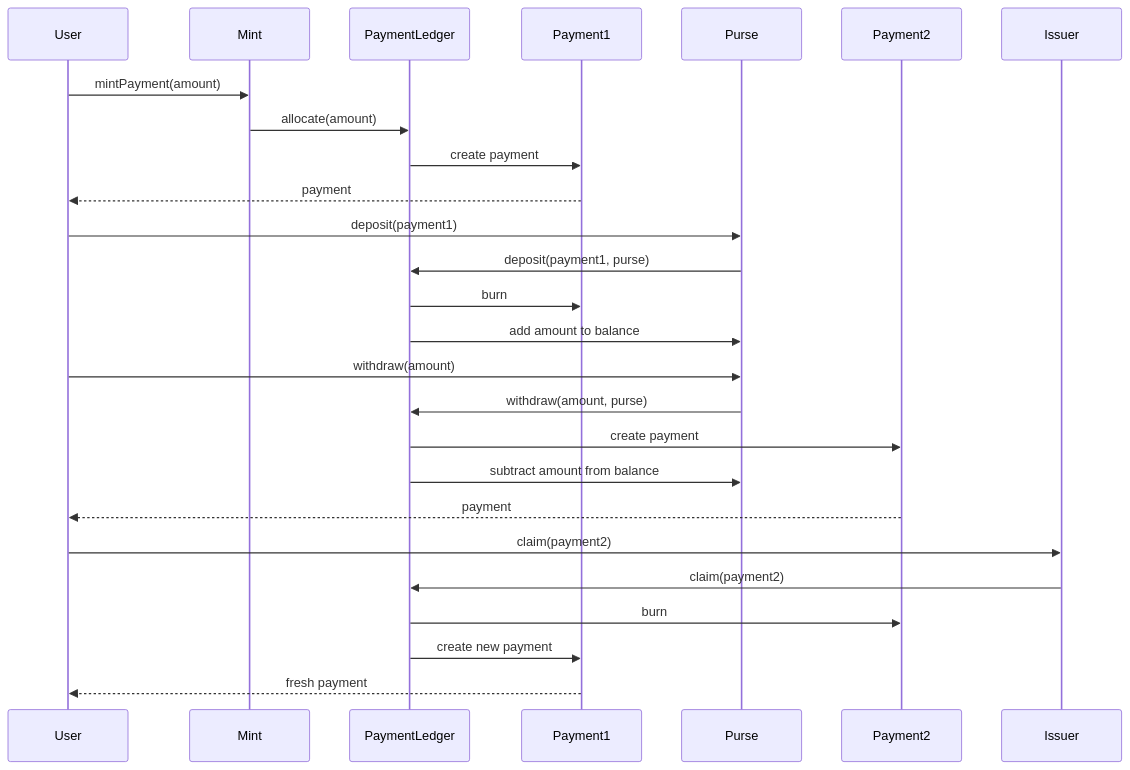
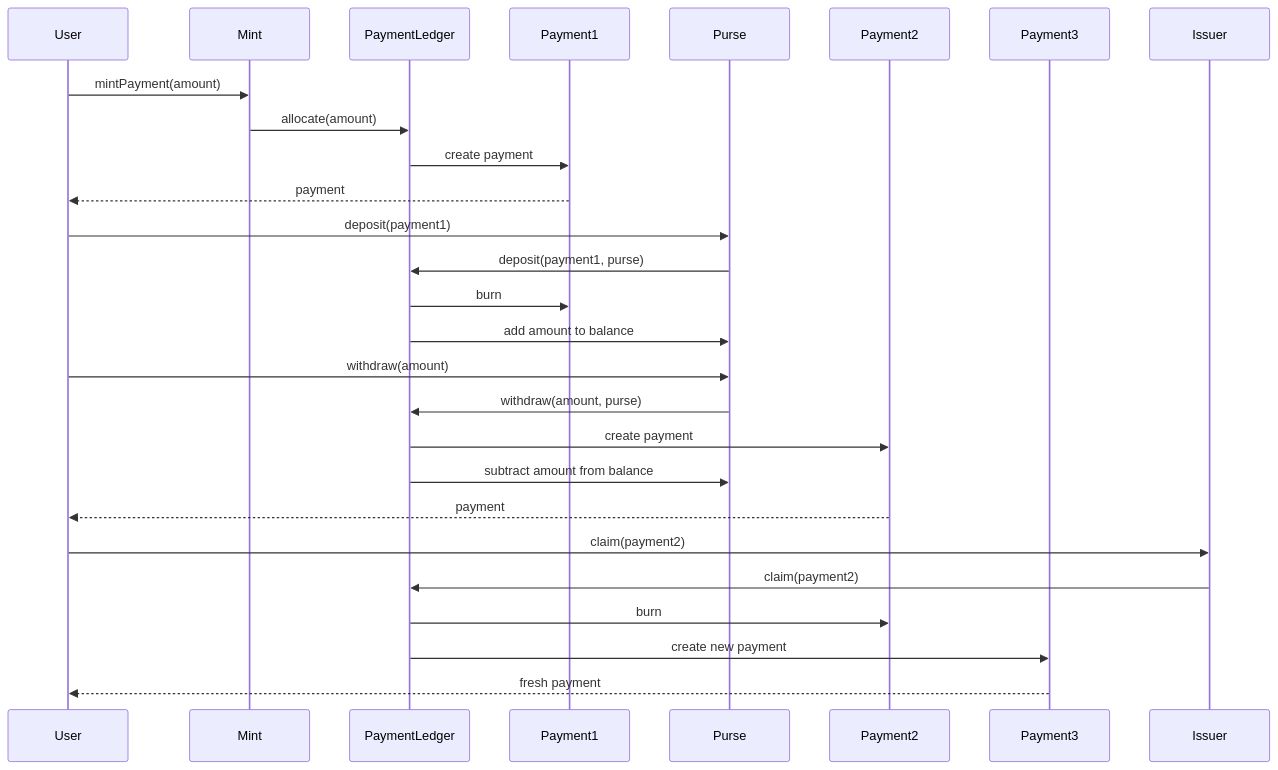
Before and after one commit to Agoric/agoric-sdk: the fifth of 8 diagrams in packages/ERTP/design.md, drawn with Mermaid. The commit also changed other lines of this file, not shown here.

Commit message:
docs(ERTP): Improve diagram clarity - fix payment naming and deprecation display

````diff
--- a/packages/ERTP/design.md
+++ b/packages/ERTP/design.md
@@ -244,32 +244,33 @@
 ```mermaid
 sequenceDiagram
     participant User
     participant Mint
     participant PaymentLedger
     participant Payment1
     participant Purse
     participant Payment2
+    participant Payment3
     participant Issuer
     
     User->>Mint: mintPayment(amount)
     Mint->>PaymentLedger: allocate(amount)
     PaymentLedger->>Payment1: create payment
     Payment1-->>User: payment
     
     User->>Purse: deposit(payment1)
     Purse->>PaymentLedger: deposit(payment1, purse)
     PaymentLedger->>Payment1: burn
     PaymentLedger->>Purse: add amount to balance
     
     User->>Purse: withdraw(amount)
     Purse->>PaymentLedger: withdraw(amount, purse)
     PaymentLedger->>Payment2: create payment
     PaymentLedger->>Purse: subtract amount from balance
     Payment2-->>User: payment
     
     User->>Issuer: claim(payment2)
     Issuer->>PaymentLedger: claim(payment2)
     PaymentLedger->>Payment2: burn
-    PaymentLedger->>Payment1: create new payment
-    Payment1-->>User: fresh payment
+    PaymentLedger->>Payment3: create new payment
+    Payment3-->>User: fresh payment
 ```
````
